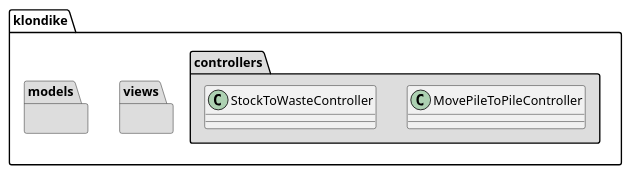
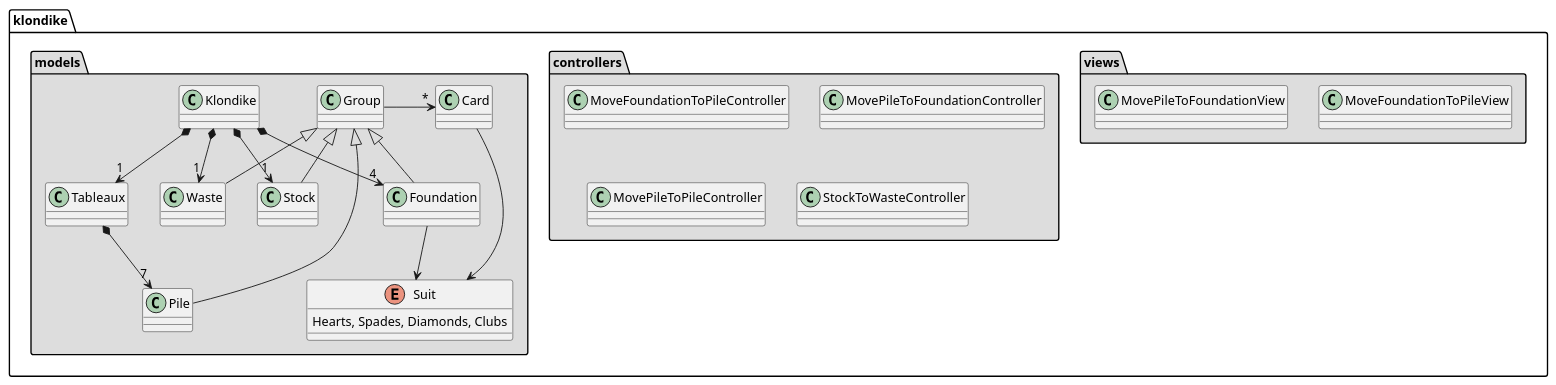
The diagram in analysis/architecture/package_diagram.puml (ciscoruiz/klondike), drawn with PlantUML before and after one commit.

Commit message:
Add MVC for MoveFoundationToPile and MovePileToFoundation

```diff
--- a/analysis/architecture/package_diagram.puml
+++ b/analysis/architecture/package_diagram.puml
@@ -1,13 +1,38 @@
 @startuml
 package "klondike.views" #DDDDDD {
+   class MoveFoundationToPileView
+   class MovePileToFoundationView
 }
 
 package "klondike.controllers" #DDDDDD {
+   class MoveFoundationToPileController
+   class MovePileToFoundationController
    class MovePileToPileController
    class StockToWasteController
 }
 
 package "klondike.models" #DDDDDD {
 
+   enum Suit {
+    Hearts, Spades, Diamonds, Clubs
+   }
+
+   Card --> Suit
+
+   Group -> "*" Card
+   Group <|-down- Pile
+   Group <|-down- Stock
+   Group <|-down- Waste
+   Group <|-down- Foundation
+
+
+   Tableaux *-down-> "7" Pile
+   Klondike *-down-> "1" Stock
+   Klondike *-down-> "1" Waste
+   Klondike *-down-> "1" Tableaux
+   Klondike *-down-> "4" Foundation
+
+   Foundation --> Suit
 }
+
 @enduml
```
